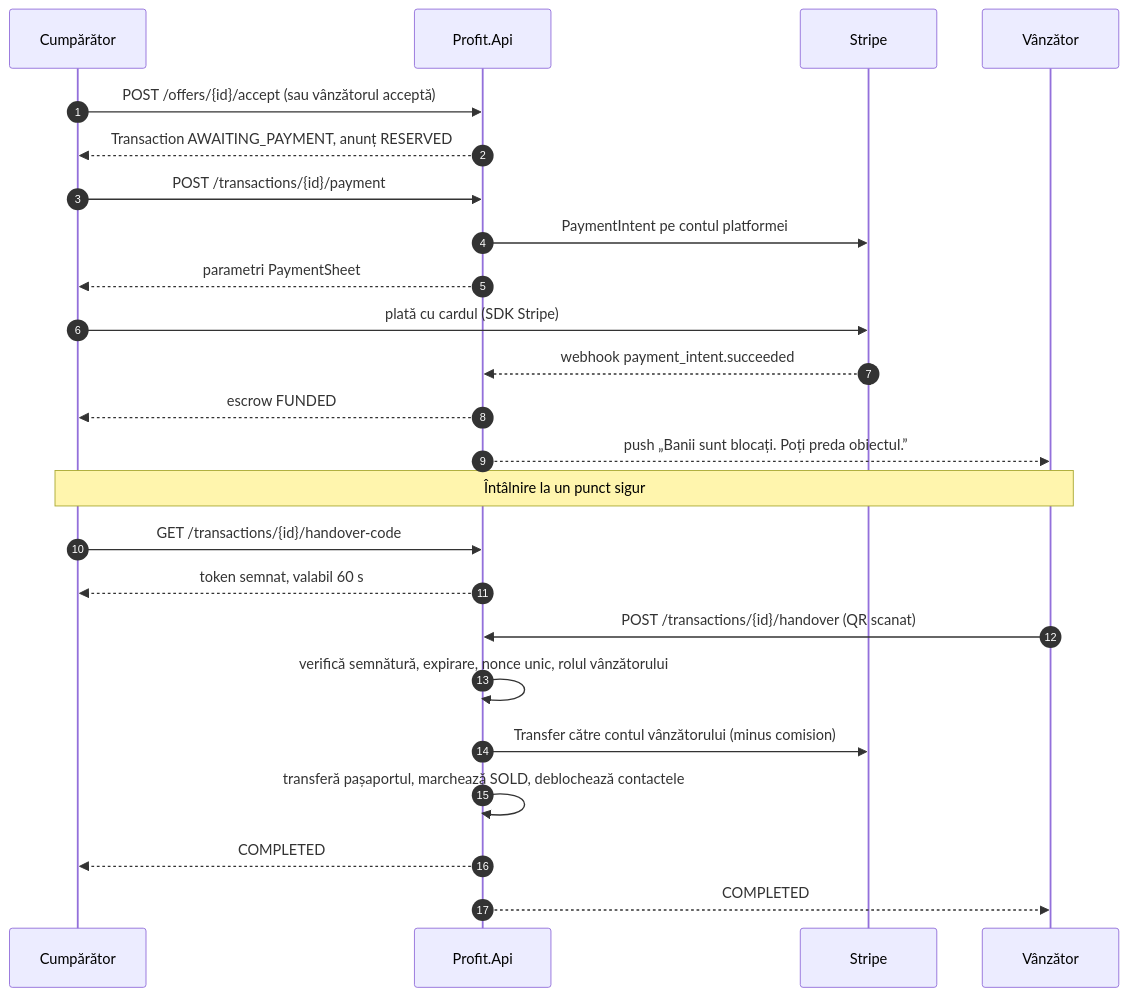
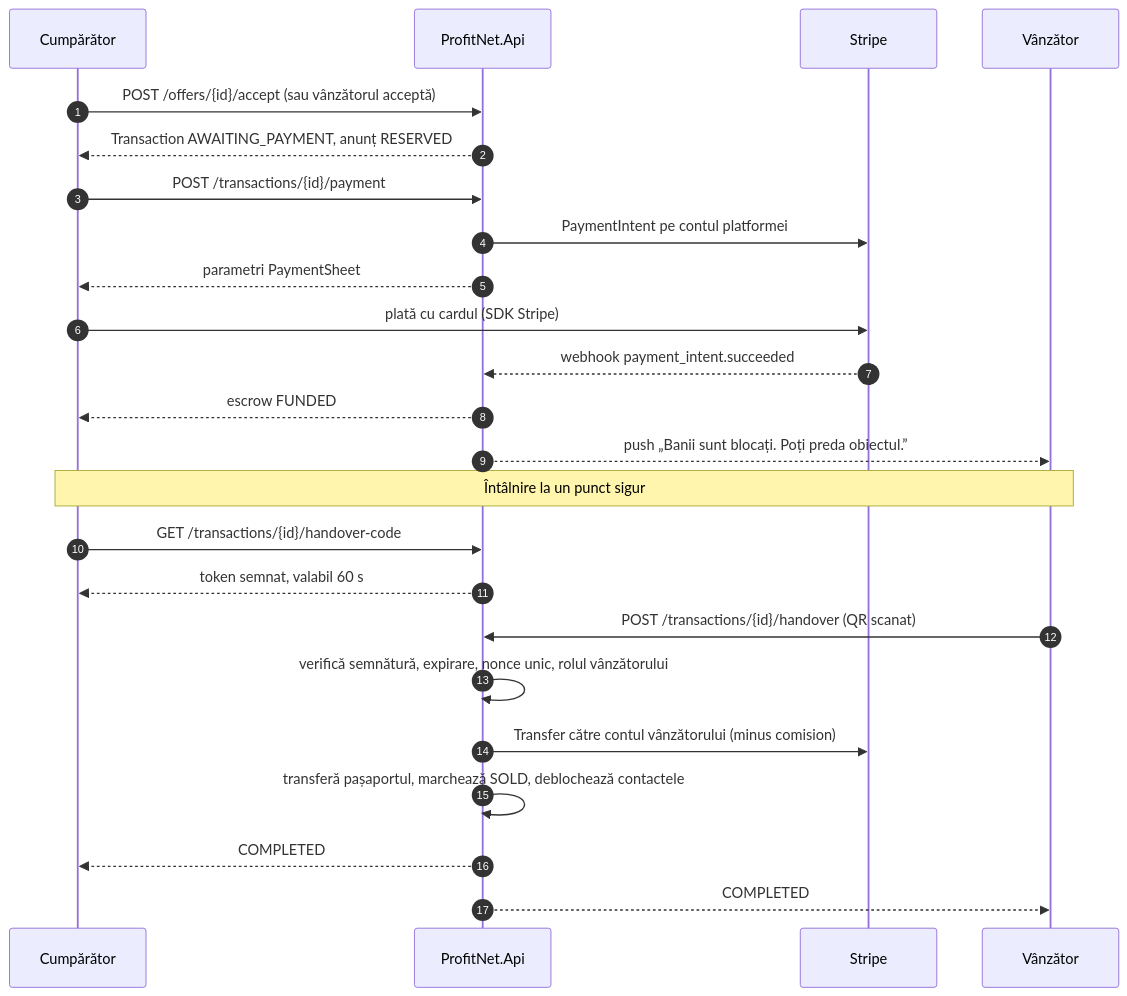
One commit to bluecode-1/Cumpara-si-vinde-pe-profit-1-code changed the second of 2 diagrams in docs/02-arhitectura-sistem.md. Above: the diagram before and after it, drawn with Mermaid. The commit also changed other lines of this file and 3 other files, not shown here.

First line of the commit message:
Rename app to ProfitNet

````diff
--- a/docs/02-arhitectura-sistem.md
+++ b/docs/02-arhitectura-sistem.md
@@ -114,27 +114,27 @@
 ```mermaid
 sequenceDiagram
     autonumber
     participant B as Cumpărător
-    participant API as Profit.Api
+    participant API as ProfitNet.Api
     participant S as Stripe
     participant V as Vânzător
 
     B->>API: POST /offers/{id}/accept (sau vânzătorul acceptă)
     API-->>B: Transaction AWAITING_PAYMENT, anunț RESERVED
     B->>API: POST /transactions/{id}/payment
     API->>S: PaymentIntent pe contul platformei
     API-->>B: parametri PaymentSheet
     B->>S: plată cu cardul (SDK Stripe)
     S-->>API: webhook payment_intent.succeeded
     API-->>B: escrow FUNDED
     API-->>V: push „Banii sunt blocați. Poți preda obiectul.”
     Note over B,V: Întâlnire la un punct sigur
     B->>API: GET /transactions/{id}/handover-code
     API-->>B: token semnat, valabil 60 s
     V->>API: POST /transactions/{id}/handover (QR scanat)
     API->>API: verifică semnătură, expirare, nonce unic, rolul vânzătorului
     API->>S: Transfer către contul vânzătorului (minus comision)
     API->>API: transferă pașaportul, marchează SOLD, deblochează contactele
     API-->>B: COMPLETED
     API-->>V: COMPLETED
 ```
````
